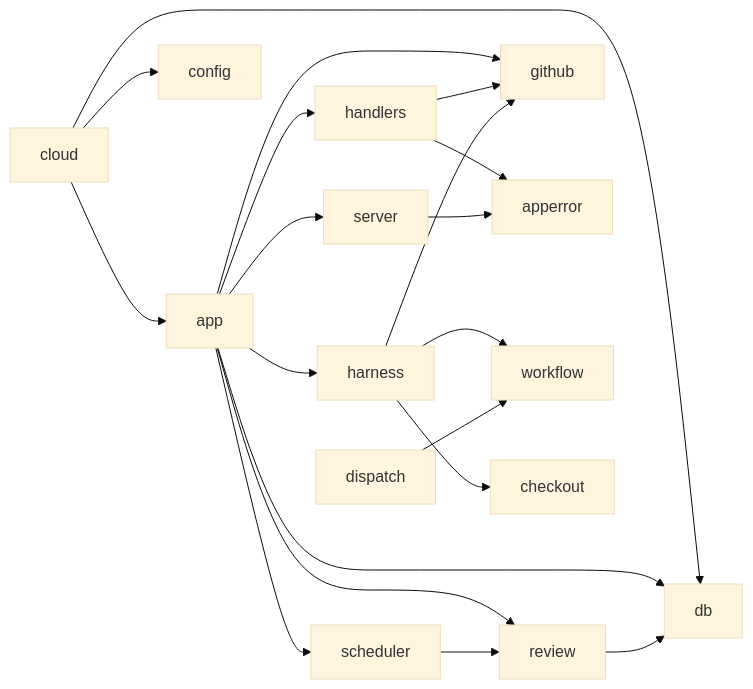
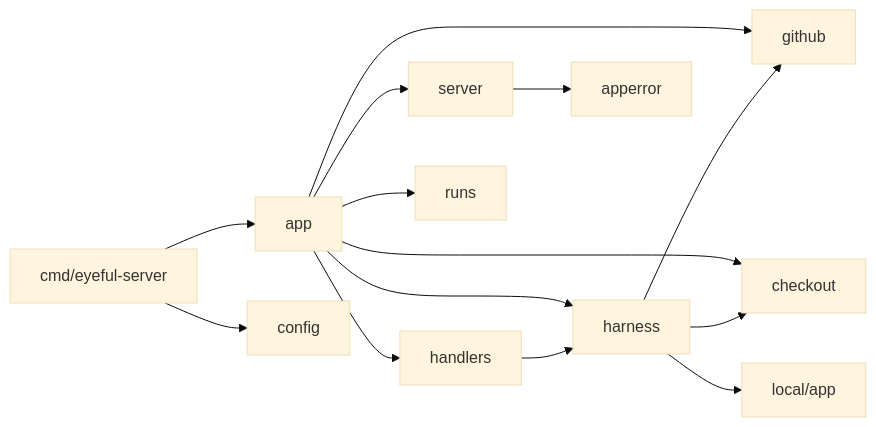
The second of 2 diagrams in docs/cloud/SERVER.md (Pleasurecruise/eyeful), drawn with Mermaid (base theme) before and after one commit. The commit also changed other lines of this file and 46 other files, not shown here.

````diff
--- a/docs/cloud/SERVER.md
+++ b/docs/cloud/SERVER.md
@@ -64,11 +55,8 @@
 ```mermaid
 flowchart LR
-    cmd["cloud"] --> app & config & db
-    app --> server & handlers & scheduler & review & db & github & harness
-    handlers --> apperror & github
+    cmd["cmd/eyeful-server"] --> app & config
+    app --> server & handlers & harness & github & checkout & runs
+    handlers --> harness
     server --> apperror
-    scheduler --> review
-    harness --> workflow & github & checkout
-    review --> db
-    dispatch --> workflow
+    harness --> github & checkout & local["local/app"]
 ```
````
